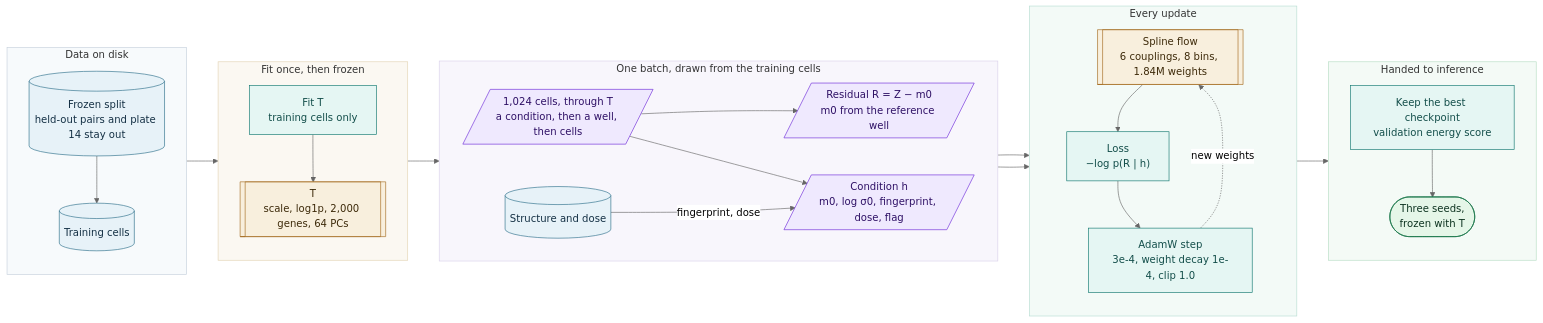
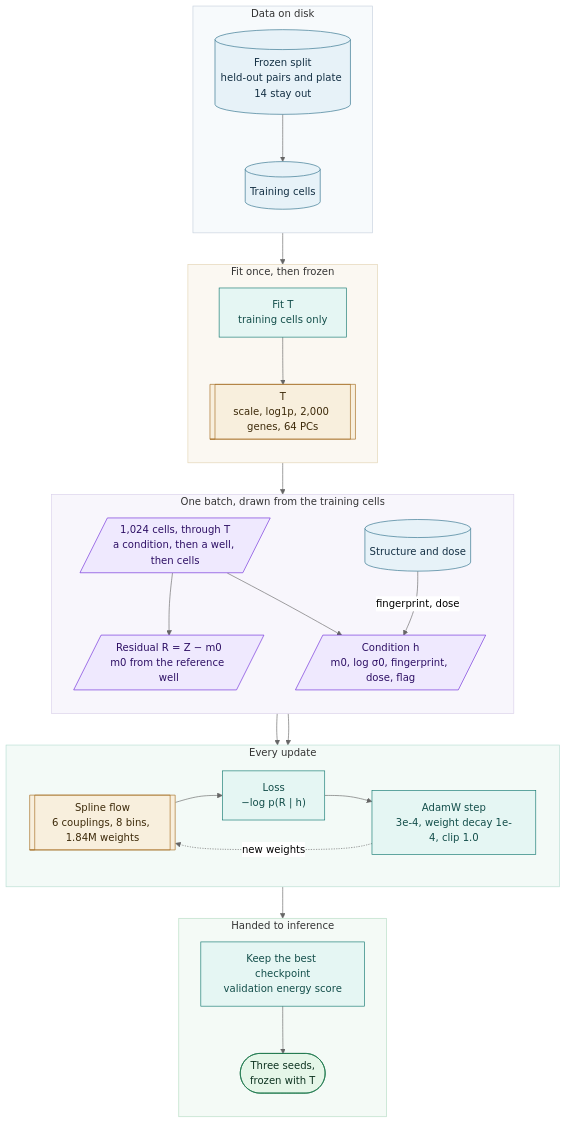
One commit to maxmbay/expression changed the diagram in README.md. Above: the diagram before and after it, drawn with Mermaid (neutral theme). The commit also changed other lines of this file and 16 other files, not shown here.

````diff
--- a/README.md
+++ b/README.md
@@ -48,54 +48,54 @@
 ```mermaid
-flowchart LR
+flowchart TB
   subgraph stored ["Data on disk"]
     direction TB
     Split[("Frozen split<br/>held-out pairs and plate 14 stay out")] --> Cells[("Training cells")]
   end
   subgraph once ["Fit once, then frozen"]
     direction TB
     Fit["Fit T<br/>training cells only"] --> Map[["T<br/>scale, log1p, 2,000 genes, 64 PCs"]]
   end
   subgraph draw ["One batch, drawn from the training cells"]
-    direction LR
+    direction TB
     Batch[/"1,024 cells, through T<br/>a condition, then a well, then cells"/]
     Resid[/"Residual R = Z − m0<br/>m0 from the reference well"/]
     Cond[/"Condition h<br/>m0, log σ0, fingerprint, dose, flag"/]
     Chem[("Structure and dose")]
     Batch --> Resid
     Batch --> Cond
     Chem -->|fingerprint, dose| Cond
   end
   subgraph loop ["Every update"]
-    direction TB
+    direction LR
     Flow[["Spline flow<br/>6 couplings, 8 bins, 1.84M weights"]]
     Loss["Loss<br/>−log p(R | h)"]
     Update["AdamW step<br/>3e-4, weight decay 1e-4, clip 1.0"]
     Flow --> Loss --> Update
     Update -.->|new weights| Flow
   end
   subgraph finish ["Handed to inference"]
     direction TB
     Keep["Keep the best checkpoint<br/>validation energy score"] --> Done(["Three seeds,<br/>frozen with T"])
   end
   Cells --> Fit
   Map --> Batch
   Resid --> Loss
   Cond --> Loss
   Update --> Keep
 
   classDef data fill:#e7f2f8,stroke:#2c6e8a,color:#143044
   classDef sample fill:#efe9fe,stroke:#6d28d9,color:#2e1065
   classDef model fill:#f8efdd,stroke:#a56b1f,color:#3d2a0a
   classDef step fill:#e5f6f3,stroke:#0f766e,color:#134e4a
   classDef result fill:#e5f6e8,stroke:#157347,color:#0d3320
   class Split,Cells,Chem data
   class Batch,Resid,Cond sample
   class Map,Flow model
   class Fit,Loss,Update,Keep step
   class Done result
   style stored fill:#f7fafc,stroke:#c5d0dc
   style once fill:#fbf8f2,stroke:#e2d3b3
   style draw fill:#f8f6fc,stroke:#d9d0ea
   style loop fill:#f3faf7,stroke:#b7ddd2
   style finish fill:#f4faf6,stroke:#b7ddc4
 ```
````
